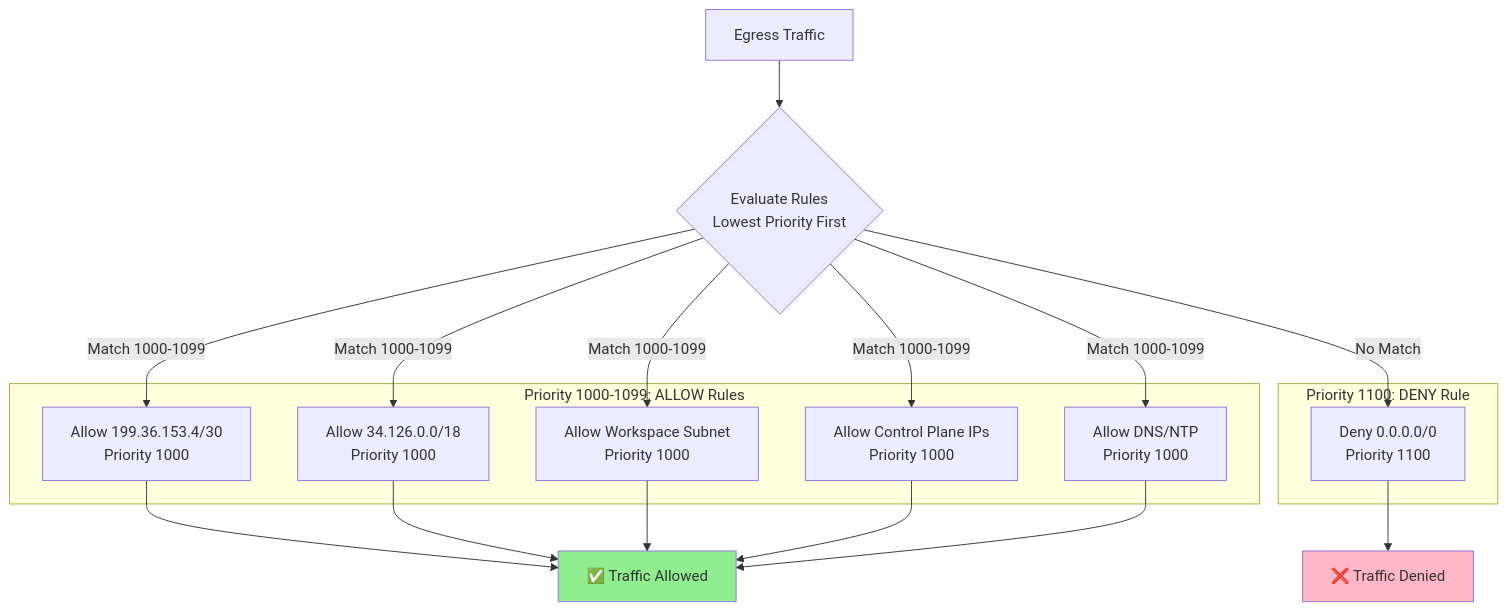
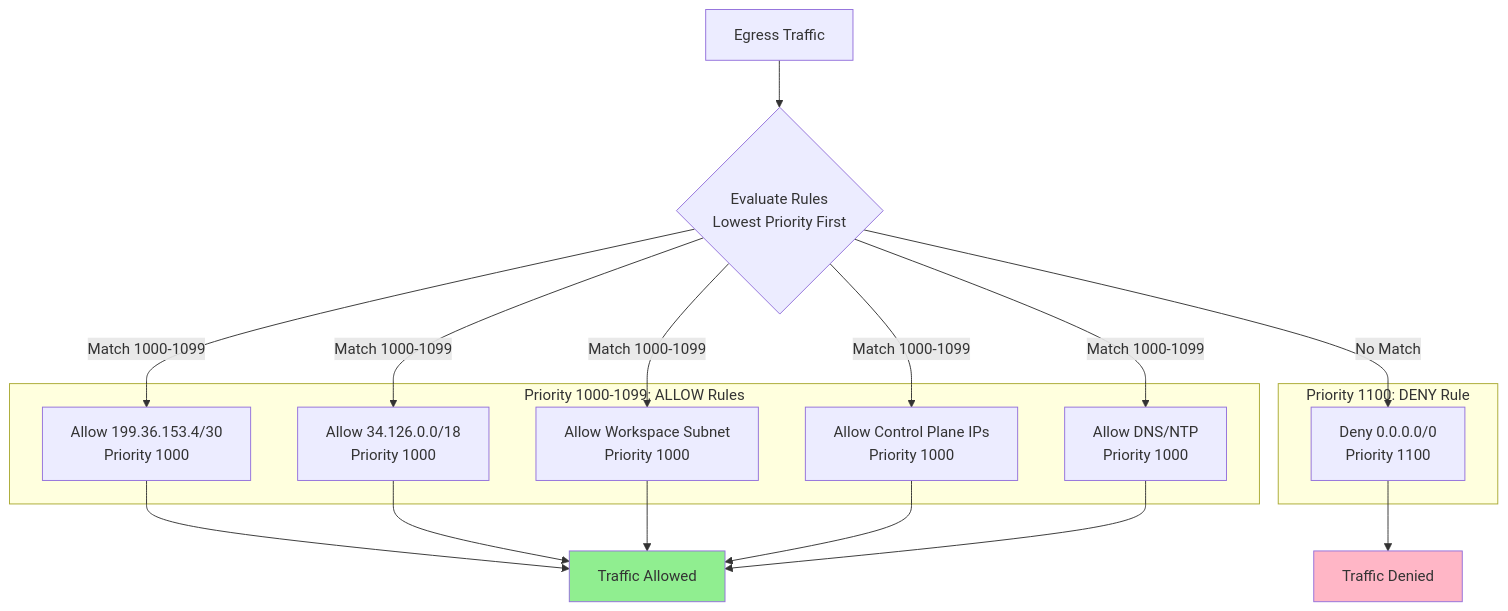
The second of 3 diagrams in gcpdb4u/security/LockDown-VPC-Firewall-Rules.md (bhavink/databricks), drawn with Mermaid before and after one commit. The commit also changed other lines of this file and 81 other files, not shown here.

````diff
--- a/gcpdb4u/security/LockDown-VPC-Firewall-Rules.md
+++ b/gcpdb4u/security/LockDown-VPC-Firewall-Rules.md
@@ -95,32 +95,32 @@
 ```mermaid
 graph TD
     subgraph "Priority 1000-1099: ALLOW Rules"
         A1[Allow 199.36.153.4/30<br/>Priority 1000]
         A2[Allow 34.126.0.0/18<br/>Priority 1000]
         A3[Allow Workspace Subnet<br/>Priority 1000]
         A4[Allow Control Plane IPs<br/>Priority 1000]
         A5[Allow DNS/NTP<br/>Priority 1000]
     end
 
     subgraph "Priority 1100: DENY Rule"
         D1[Deny 0.0.0.0/0<br/>Priority 1100]
     end
 
     Traffic[Egress Traffic] --> Eval{Evaluate Rules<br/>Lowest Priority First}
     Eval -->|Match 1000-1099| A1
     Eval -->|Match 1000-1099| A2
     Eval -->|Match 1000-1099| A3
     Eval -->|Match 1000-1099| A4
     Eval -->|Match 1000-1099| A5
     Eval -->|No Match| D1
 
-    A1 --> Allowed[✅ Traffic Allowed]
+    A1 --> Allowed[ Traffic Allowed]
     A2 --> Allowed
     A3 --> Allowed
     A4 --> Allowed
     A5 --> Allowed
-    D1 --> Denied[❌ Traffic Denied]
+    D1 --> Denied[ Traffic Denied]
 
     style Allowed fill:#90EE90
     style Denied fill:#FFB6C6
 ```
````
